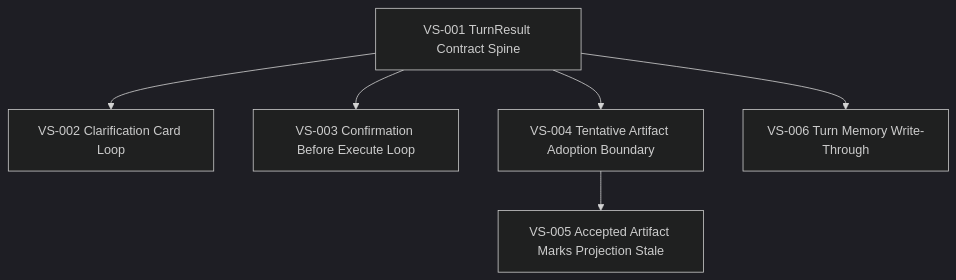
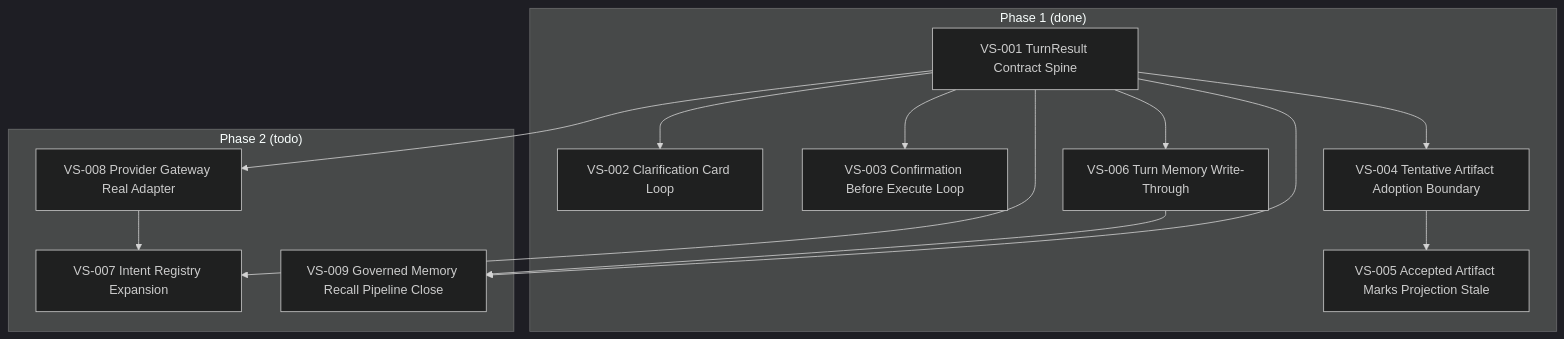
The diagram in tasks/slices/DAG.md (tongsh6/ai-novel-studio), drawn with Mermaid (dark theme) before and after one commit. The commit also changed other lines of this file and 61 other files, not shown here.

````diff
--- a/tasks/slices/DAG.md
+++ b/tasks/slices/DAG.md
@@ -11,15 +11,29 @@
 ```mermaid
 flowchart TD
-  VS001["VS-001 TurnResult Contract Spine"]
-  VS002["VS-002 Clarification Card Loop"]
-  VS003["VS-003 Confirmation Before Execute Loop"]
-  VS004["VS-004 Tentative Artifact Adoption Boundary"]
-  VS005["VS-005 Accepted Artifact Marks Projection Stale"]
-  VS006["VS-006 Turn Memory Write-Through"]
+  subgraph Phase1["Phase 1 (done)"]
+    VS001["VS-001 TurnResult Contract Spine"]
+    VS002["VS-002 Clarification Card Loop"]
+    VS003["VS-003 Confirmation Before Execute Loop"]
+    VS004["VS-004 Tentative Artifact Adoption Boundary"]
+    VS005["VS-005 Accepted Artifact Marks Projection Stale"]
+    VS006["VS-006 Turn Memory Write-Through"]
+  end
+
+  subgraph Phase2["Phase 2 (todo)"]
+    VS007["VS-007 Intent Registry Expansion"]
+    VS008["VS-008 Provider Gateway Real Adapter"]
+    VS009["VS-009 Governed Memory Recall Pipeline Close"]
+  end
 
   VS001 --> VS002
   VS001 --> VS003
   VS001 --> VS004
   VS001 --> VS006
   VS004 --> VS005
+
+  VS001 --> VS008
+  VS001 --> VS007
+  VS008 --> VS007
+  VS001 --> VS009
+  VS006 --> VS009
 ```
````
